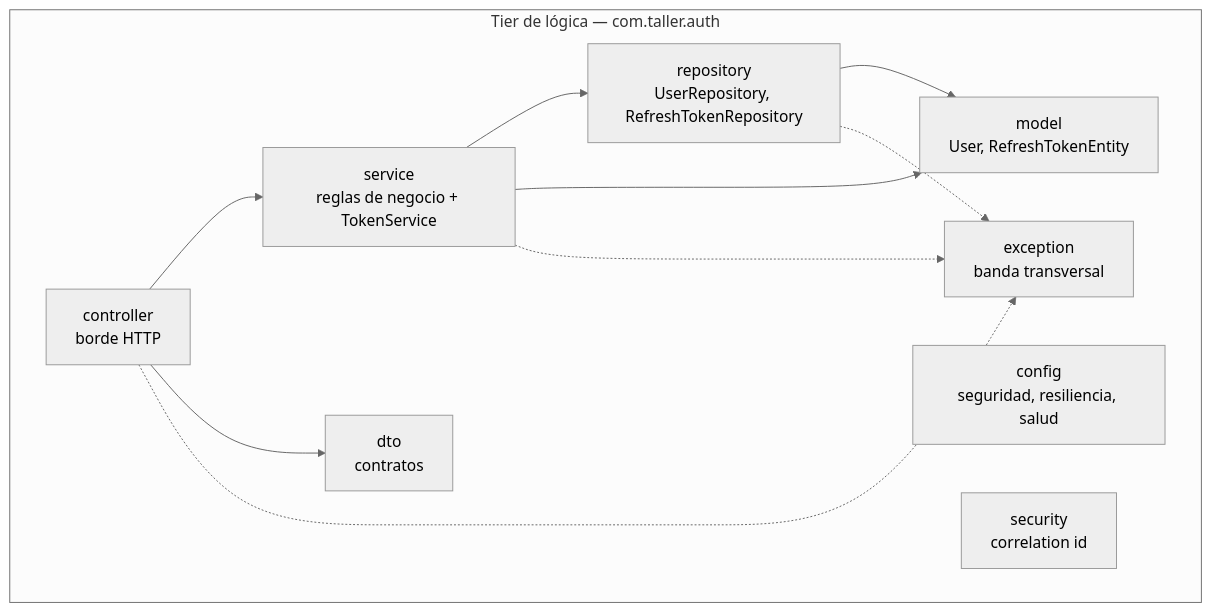
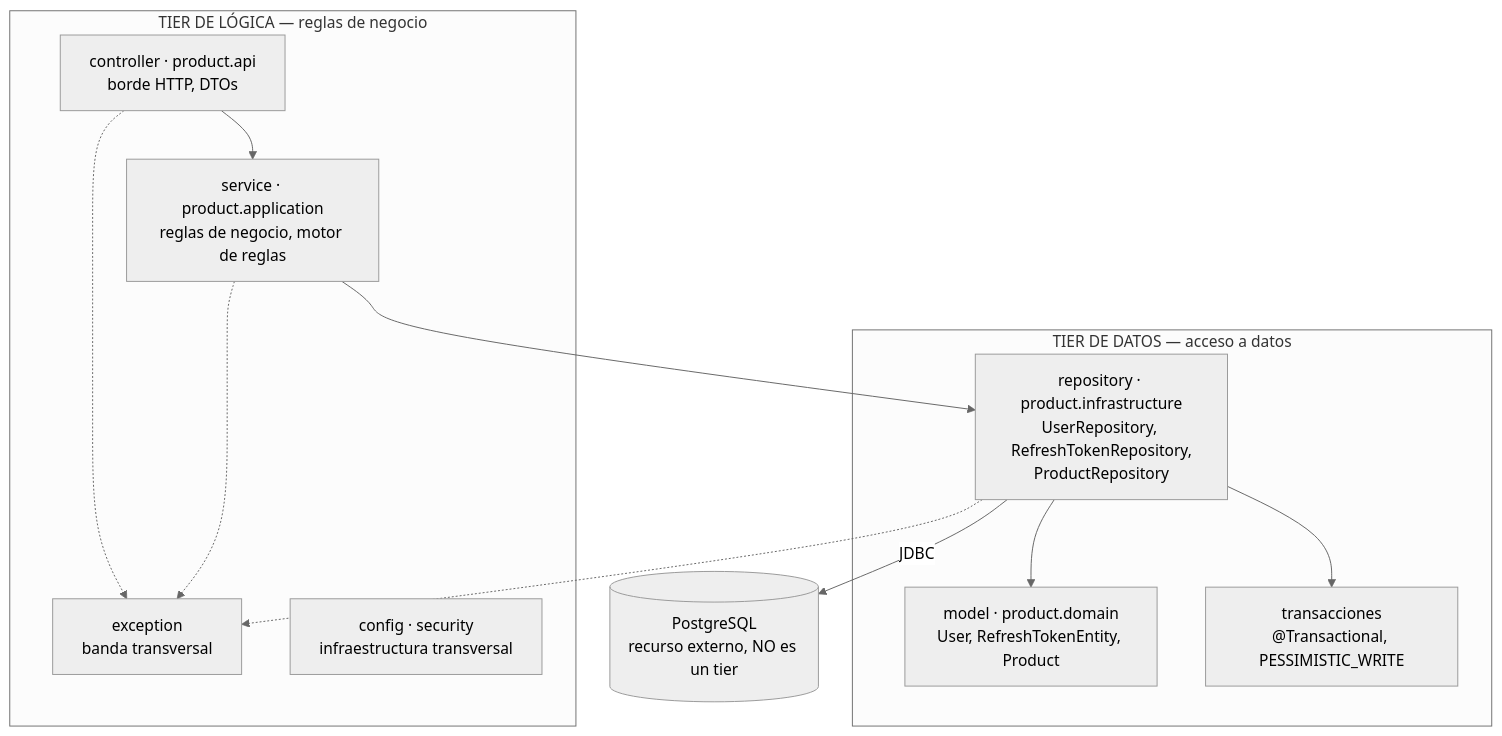
One commit to andreMD287/Taller1-ArquiSW changed the second of 8 diagrams in backend/docs/documentacion-arquitectura.md. Above: the diagram before and after it, drawn with Mermaid (neutral theme). The commit also changed other lines of this file, not shown here.

````diff
--- a/backend/docs/documentacion-arquitectura.md
+++ b/backend/docs/documentacion-arquitectura.md
@@ -315,21 +321,23 @@
 ```mermaid
 graph TD
-    subgraph tier2["Tier de lógica — com.taller.auth"]
-        C[controller<br/>borde HTTP]
-        S[service<br/>reglas de negocio + TokenService]
-        R[repository<br/>UserRepository, RefreshTokenRepository]
-        M[model<br/>User, RefreshTokenEntity]
-        D[dto<br/>contratos]
-        E[exception<br/>banda transversal]
-        CF[config<br/>seguridad, resiliencia, salud]
-        SE[security<br/>correlation id]
+    subgraph tierL["TIER DE LÓGICA — reglas de negocio"]
+        C["controller · product.api<br/>borde HTTP, DTOs"]
+        S["service · product.application<br/>reglas de negocio, motor de reglas"]
+        E["exception<br/>banda transversal"]
+        CF["config · security<br/>infraestructura transversal"]
     end
+    subgraph tierD["TIER DE DATOS — acceso a datos"]
+        R["repository · product.infrastructure<br/>UserRepository, RefreshTokenRepository,<br/>ProductRepository"]
+        M["model · product.domain<br/>User, RefreshTokenEntity, Product"]
+        TX["transacciones<br/>@Transactional, PESSIMISTIC_WRITE"]
+    end
+    DB[("PostgreSQL<br/>recurso externo, NO es un tier")]
     C --> S
-    C --> D
     S --> R
-    S --> M
     R --> M
+    R --> TX
+    R -->|JDBC| DB
     C -.-> E
     S -.-> E
     R -.-> E
 ```
````
